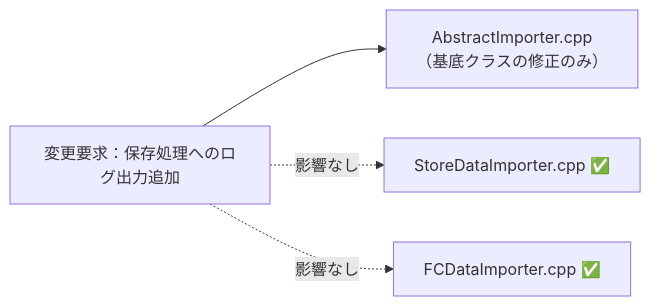
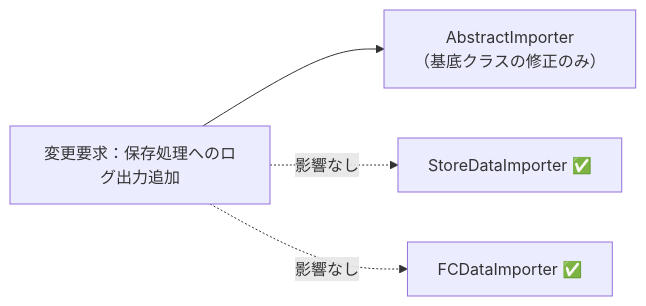
The fourth of 7 diagrams in kindle/design-patterns/output/chapter04.md (kumachan1101-pixel/DesignPattern), drawn with Mermaid before and after one commit. The commit also changed other lines of this file and 8 other files, not shown here.

````diff
--- a/kindle/design-patterns/output/chapter04.md
+++ b/kindle/design-patterns/output/chapter04.md
@@ -695,7 +695,7 @@
 ```mermaid
 graph LR
-    T1["変更要求：保存処理へのログ出力追加"] --> F1["AbstractImporter.cpp<br>（基底クラスの修正のみ）"]
-    T1 -. "影響なし" .-> A["StoreDataImporter.cpp ✅"]
-    T1 -. "影響なし" .-> B["FCDataImporter.cpp ✅"]
+    T1["変更要求：保存処理へのログ出力追加"] --> F1["AbstractImporter<br>（基底クラスの修正のみ）"]
+    T1 -. "影響なし" .-> A["StoreDataImporter ✅"]
+    T1 -. "影響なし" .-> B["FCDataImporter ✅"]
 
 ```
````
